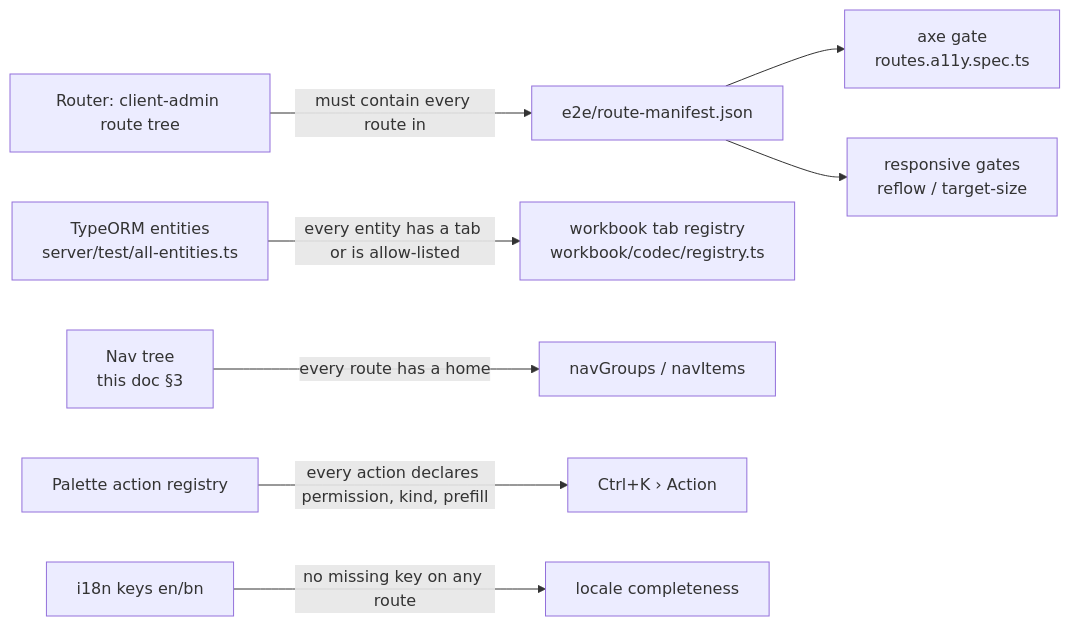
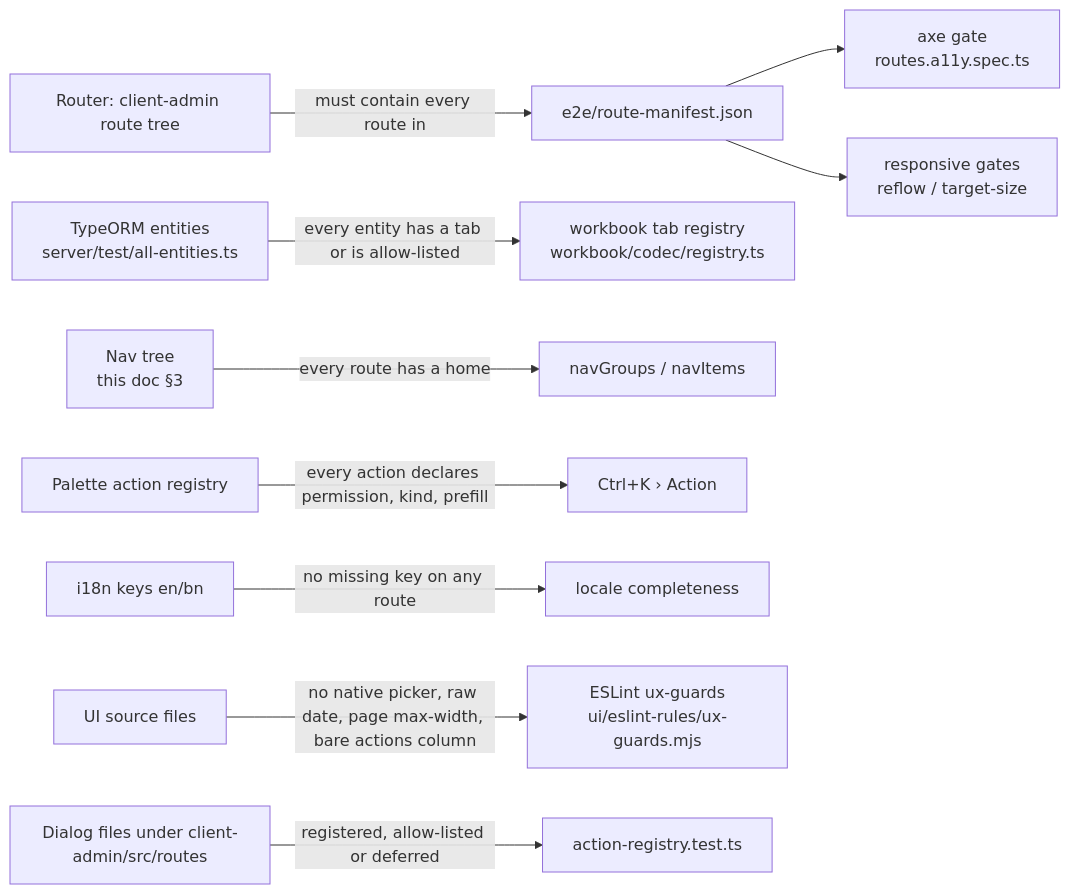
Before and after one commit to tareq89/biddaloy: the first of 4 diagrams in docs/architecture/15-ux-principles.md, drawn with Mermaid. The commit also changed other lines of this file and 9 other files, not shown here.

````diff
--- a/docs/architecture/15-ux-principles.md
+++ b/docs/architecture/15-ux-principles.md
@@ -30,10 +30,12 @@
 ```mermaid
 flowchart LR
   R[Router: client-admin route tree] -->|must contain every route in| M[e2e/route-manifest.json]
   M --> A[axe gate<br/>routes.a11y.spec.ts]
   M --> RS[responsive gates<br/>reflow / target-size]
   E[TypeORM entities<br/>server/test/all-entities.ts] -->|every entity has a tab or is allow-listed| W[workbook tab registry<br/>workbook/codec/registry.ts]
   T[Nav tree<br/>this doc §3] -->|every route has a home| N[navGroups / navItems]
   P[Palette action registry] -->|every action declares permission, kind, prefill| K[Ctrl+K › Action]
   I[i18n keys en/bn] -->|no missing key on any route| L[locale completeness]
+  U[UI source files] -->|no native picker, raw date, page max-width, bare actions column| X[ESLint ux-guards<br/>ui/eslint-rules/ux-guards.mjs]
+  D[Dialog files under client-admin/src/routes] -->|registered, allow-listed or deferred| P2[action-registry.test.ts]
 ```
````
